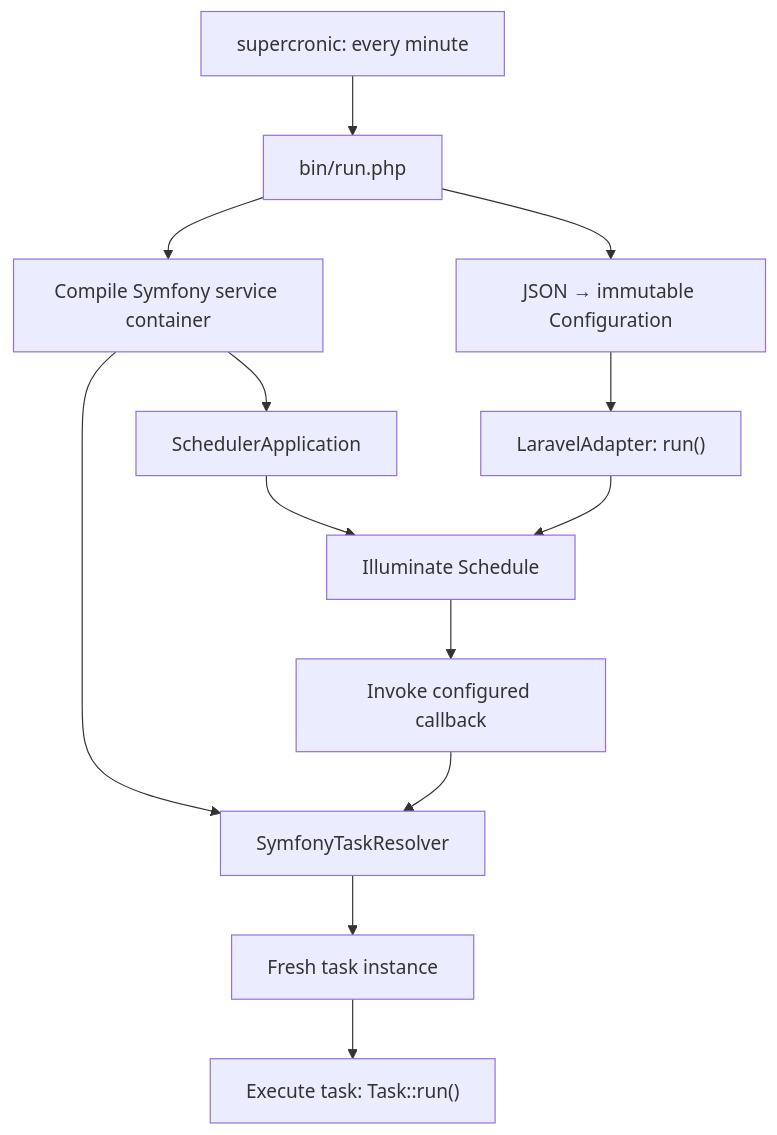
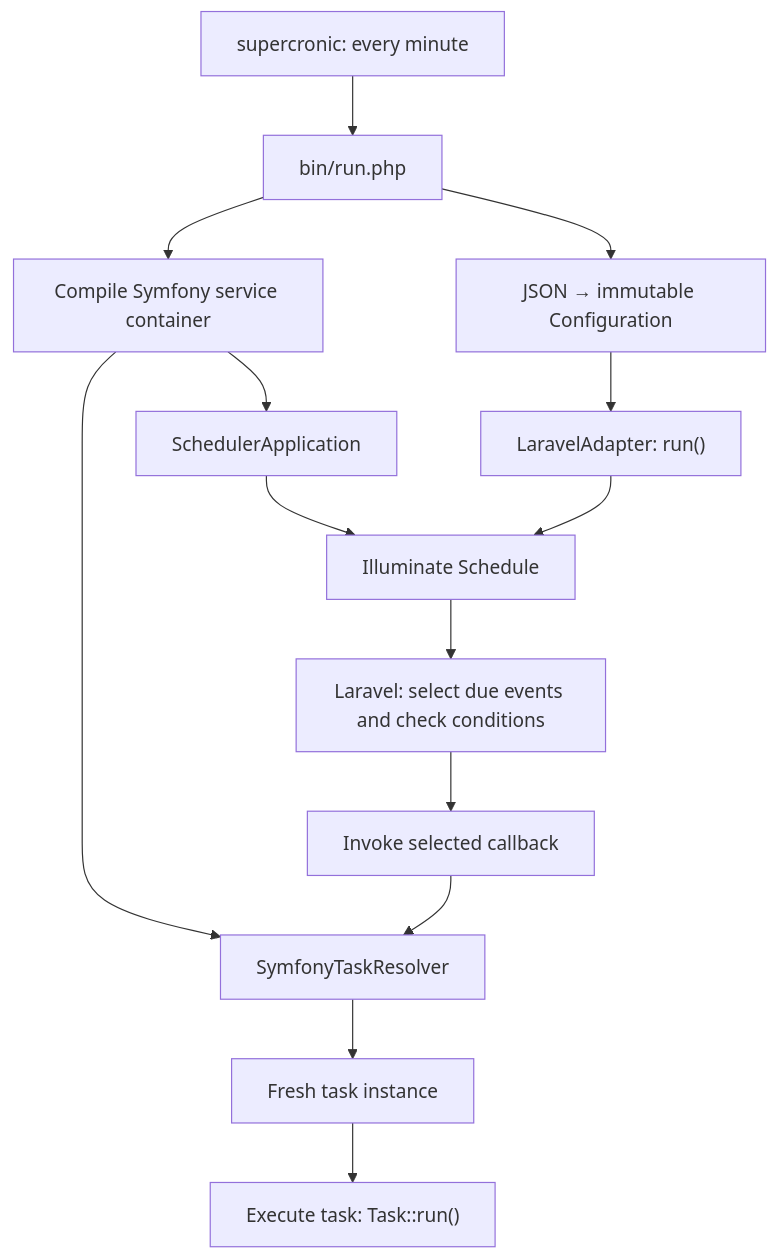
One commit to pupitooo/emorfiq-adapter changed the diagram in docs/architecture.md. Above: the diagram before and after it, drawn with Mermaid. The commit also changed other lines of this file and 12 other files, not shown here.

Commit message:
Run only due Laravel Scheduler events (#7)

````diff
--- a/docs/architecture.md
+++ b/docs/architecture.md
@@ -9,15 +9,16 @@
 ```mermaid
 flowchart TD
     Cron["supercronic: every minute"] --> CLI["bin/run.php"]
     CLI --> Config["JSON → immutable Configuration"]
     CLI --> Container["Compile Symfony service container"]
     Config --> Adapter["LaravelAdapter: run()"]
     Container --> Resolver["SymfonyTaskResolver"]
     Container --> Context["SchedulerApplication"]
     Context --> Schedule["Illuminate Schedule"]
     Adapter --> Schedule
-    Schedule --> Callback["Invoke configured callback"]
+    Schedule --> Due["Laravel: select due events and check conditions"]
+    Due --> Callback["Invoke selected callback"]
     Callback --> Resolver
     Resolver --> Task["Fresh task instance"]
     Task --> Execution["Execute task: Task::run()"]
 ```
````
